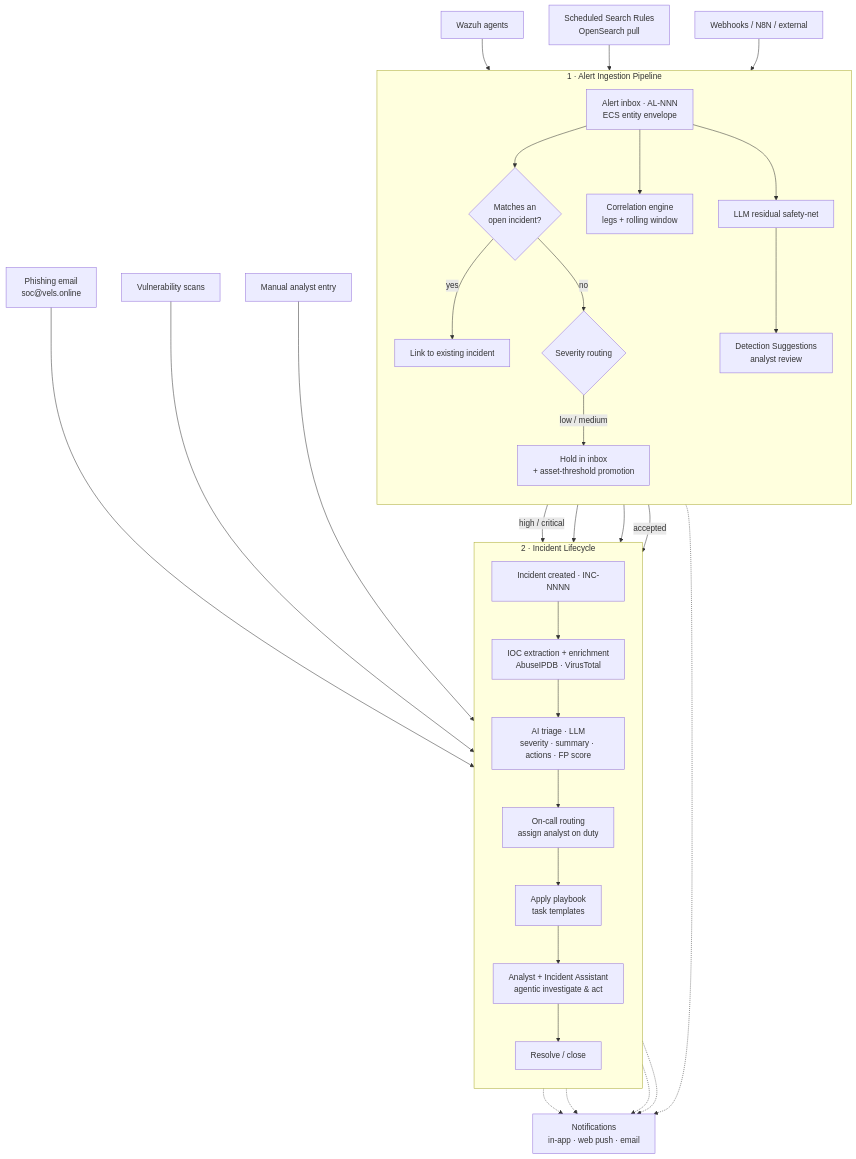
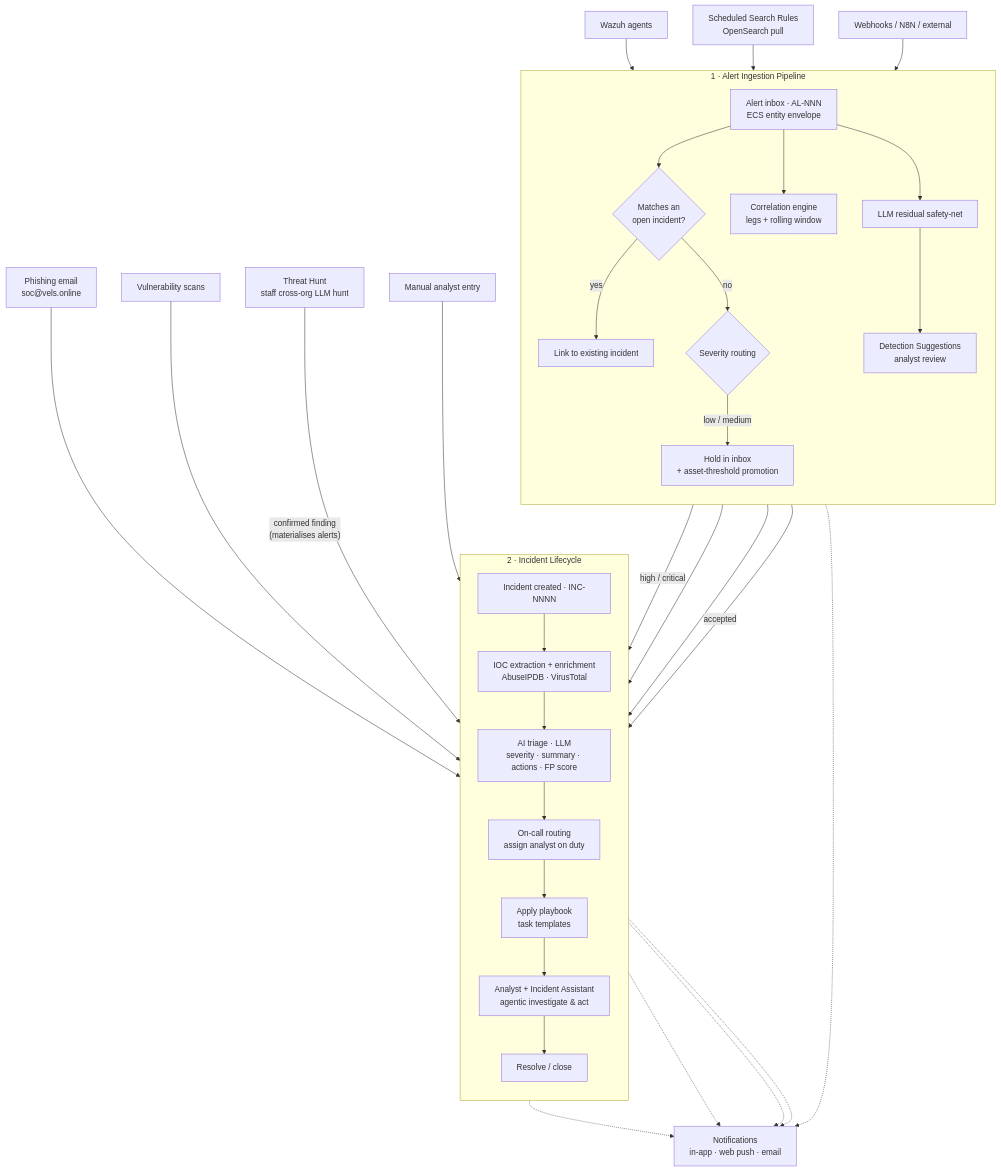
The diagram in README.md (ReyhZhao/Vels.online), drawn with Mermaid before and after one commit. The commit also changed other lines of this file, not shown here.

First line of the commit message:
docs: document Threat Hunting module and recent features

````diff
--- a/README.md
+++ b/README.md
@@ -43,65 +47,67 @@
 ```mermaid
 flowchart TD
     %% ---- Entry points ----
     WZ["Wazuh agents"]
     SSR["Scheduled Search Rules<br/>OpenSearch pull"]
     WH["Webhooks / N8N / external"]
     PH["Phishing email<br/>soc@vels.online"]
     VL["Vulnerability scans"]
+    HUNT["Threat Hunt<br/>staff cross-org LLM hunt"]
     MAN["Manual analyst entry"]
 
     %% ---- Alert ingestion pipeline ----
     subgraph PIPE["1 · Alert Ingestion Pipeline"]
         direction TB
         INBOX["Alert inbox · AL-NNN<br/>ECS entity envelope"]
         DUP{"Matches an<br/>open incident?"}
         ROUTE{"Severity routing"}
         WAIT["Hold in inbox<br/>+ asset-threshold promotion"]
         CORR["Correlation engine<br/>legs + rolling window"]
         RESID["LLM residual safety-net"]
         SUGG["Detection Suggestions<br/>analyst review"]
         LINK["Link to existing incident"]
 
         INBOX --> DUP
         DUP -- "yes" --> LINK
         DUP -- "no" --> ROUTE
         ROUTE -- "low / medium" --> WAIT
         INBOX --> CORR
         INBOX --> RESID --> SUGG
     end
 
     WZ --> INBOX
     SSR --> INBOX
     WH --> INBOX
 
     %% ---- Incident lifecycle ----
     subgraph LIFE["2 · Incident Lifecycle"]
         direction TB
         INC["Incident created · INC-NNNN"]
         IOC["IOC extraction + enrichment<br/>AbuseIPDB · VirusTotal"]
         TRIAGE["AI triage · LLM<br/>severity · summary · actions · FP score"]
         ONCALL["On-call routing<br/>assign analyst on duty"]
         PLAY["Apply playbook<br/>task templates"]
         WORK["Analyst + Incident Assistant<br/>agentic investigate & act"]
         CLOSE["Resolve / close"]
 
         INC --> IOC --> TRIAGE --> ONCALL --> PLAY --> WORK --> CLOSE
     end
 
     %% ---- Pipeline hands off to an incident ----
     ROUTE -- "high / critical" --> INC
     WAIT --> INC
     CORR --> INC
     SUGG -- "accepted" --> INC
     PH --> INC
     VL --> INC
+    HUNT -- "confirmed finding<br/>(materialises alerts)" --> INC
     MAN --> INC
 
     %% ---- Notifications fire throughout ----
     NOTIFY["Notifications<br/>in-app · web push · email"]
     LINK -.-> NOTIFY
     TRIAGE -.-> NOTIFY
     ONCALL -.-> NOTIFY
     WORK -.-> NOTIFY
     CLOSE -.-> NOTIFY
 ```
````
